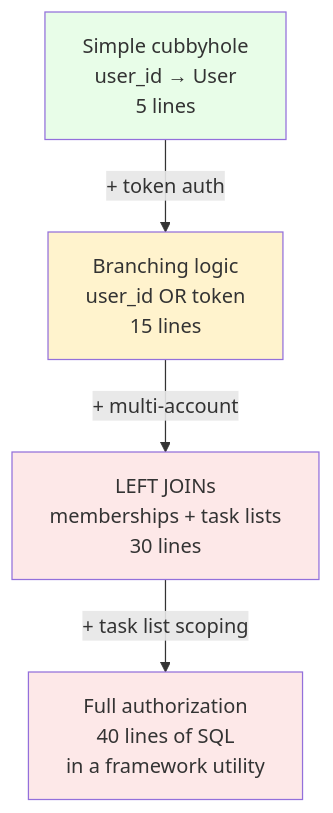
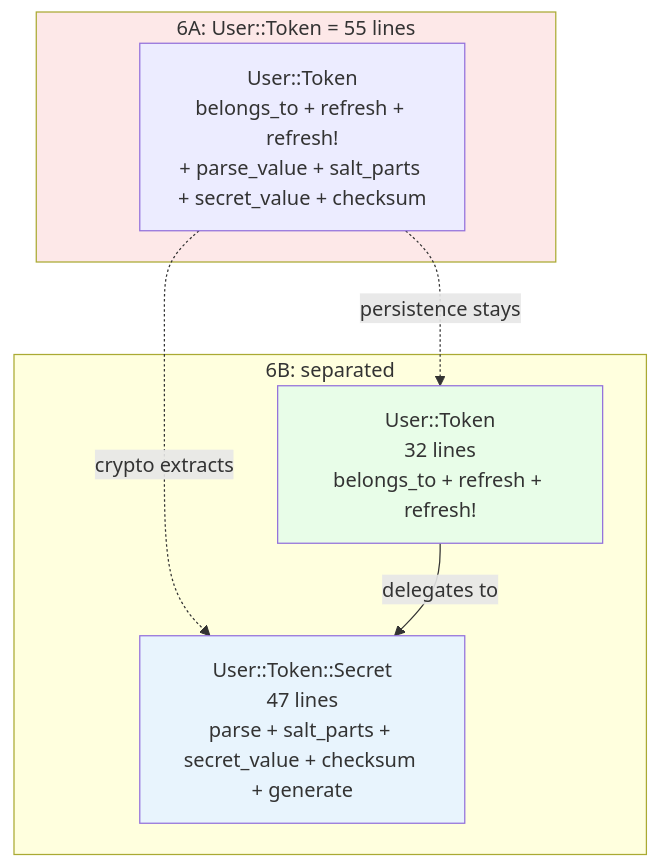
The second of 2 diagrams in README.md (railswhey/app), drawn with Mermaid before and after one commit. The commit also changed other lines of this file and 3 other files, not shown here.

Commit message:
6B: Naming the secret that was hiding inside the token record

````diff
--- a/README.md
+++ b/README.md
@@ -101,11 +197,19 @@
 ```mermaid
 flowchart TD
-  S["Simple cubbyhole<br/>user_id → User<br/>5 lines"] -->|"+ token auth"| T["Branching logic<br/>user_id OR token<br/>15 lines"]
-  T -->|"+ multi-account"| J["LEFT JOINs<br/>memberships + task lists<br/>30 lines"]
-  J -->|"+ task list scoping"| F["Full authorization<br/>40 lines of SQL<br/>in a framework utility"]
+  subgraph Before["6A: User::Token = 55 lines"]
+    UT["User::Token<br/>belongs_to + refresh + refresh!<br/>+ parse_value + salt_parts + secret_value + checksum"]
+  end
 
-  style S fill:#e8fde8
-  style T fill:#fff3cd
-  style J fill:#fde8e8
-  style F fill:#fde8e8
+  subgraph After["6B: separated"]
+    UT2["User::Token<br/>32 lines<br/>belongs_to + refresh + refresh!"]
+    UTS["User::Token::Secret<br/>47 lines<br/>parse + salt_parts + secret_value + checksum + generate"]
+  end
+
+  UT -.->|"persistence stays"| UT2
+  UT -.->|"crypto extracts"| UTS
+  UT2 -->|"delegates to"| UTS
+
+  style Before fill:#fde8e8
+  style UT2 fill:#e8fde8
+  style UTS fill:#e8f4fd
 ```
````
